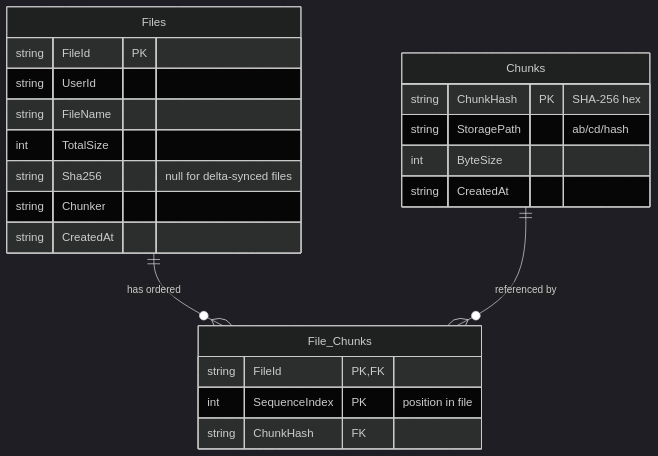
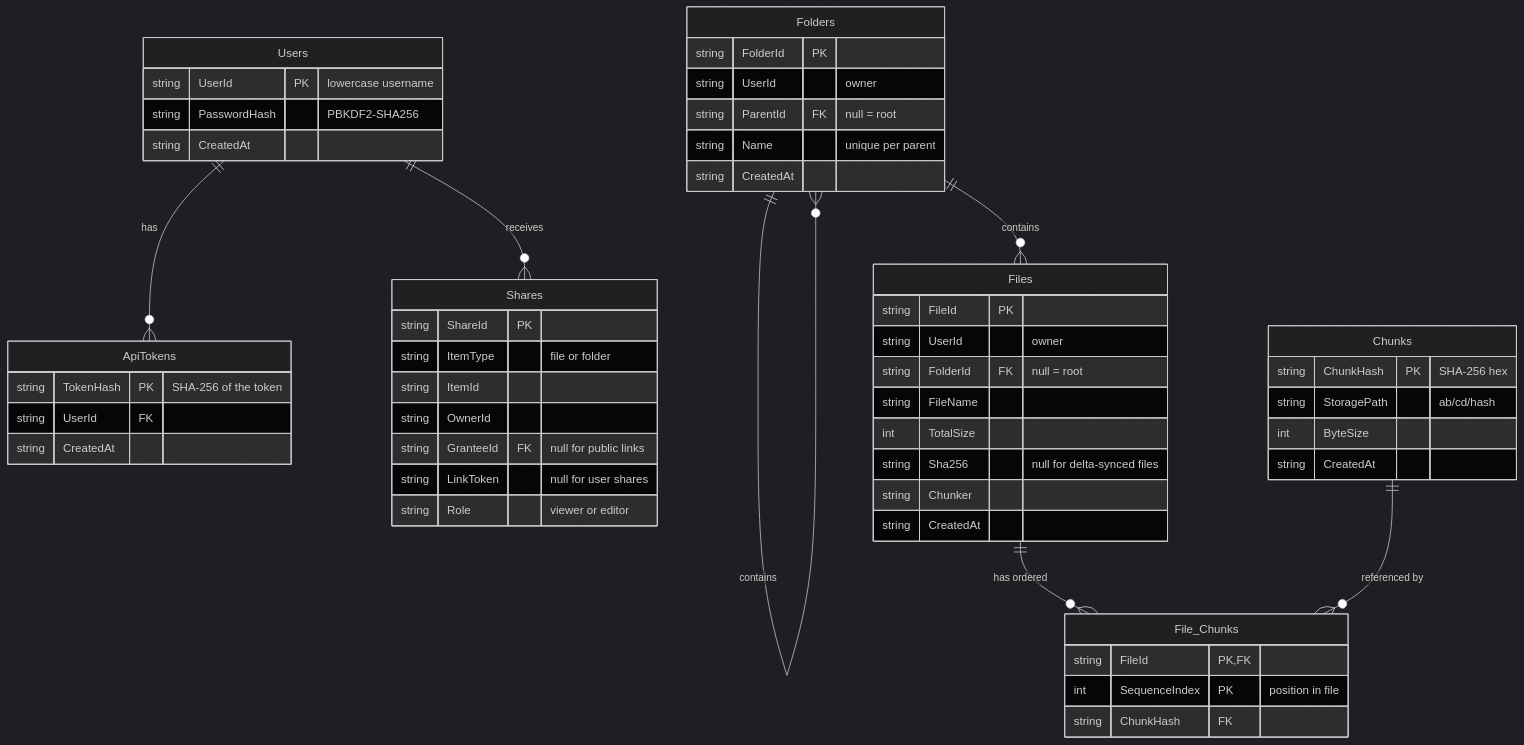
The fourth of 15 diagrams in docs/VISUALIZATION.md (havish-coder/Drive), drawn with Mermaid (dark theme) before and after one commit. The commit also changed other lines of this file and 25 other files, not shown here.

````diff
--- a/docs/VISUALIZATION.md
+++ b/docs/VISUALIZATION.md
@@ -216,26 +231,57 @@
 ```mermaid
 erDiagram
+  Users ||--o{ ApiTokens : "has"
+  Users ||--o{ Shares : "receives"
+  Folders ||--o{ Folders : "contains"
+  Folders ||--o{ Files : "contains"
   Files ||--o{ File_Chunks : "has ordered"
   Chunks ||--o{ File_Chunks : "referenced by"
 
+  Users {
+    string UserId PK "lowercase username"
+    string PasswordHash "PBKDF2-SHA256"
+    string CreatedAt
+  }
+  ApiTokens {
+    string TokenHash PK "SHA-256 of the token"
+    string UserId FK
+    string CreatedAt
+  }
+  Folders {
+    string FolderId PK
+    string UserId "owner"
+    string ParentId FK "null = root"
+    string Name "unique per parent"
+    string CreatedAt
+  }
   Files {
     string FileId PK
-    string UserId
+    string UserId "owner"
+    string FolderId FK "null = root"
     string FileName
     int TotalSize
     string Sha256 "null for delta-synced files"
     string Chunker
     string CreatedAt
+  }
+  Shares {
+    string ShareId PK
+    string ItemType "file or folder"
+    string ItemId
+    string OwnerId
+    string GranteeId FK "null for public links"
+    string LinkToken "null for user shares"
+    string Role "viewer or editor"
   }
   Chunks {
     string ChunkHash PK "SHA-256 hex"
     string StoragePath "ab/cd/hash"
     int ByteSize
     string CreatedAt
   }
   File_Chunks {
     string FileId PK, FK
     int SequenceIndex PK "position in file"
     string ChunkHash FK
   }
 ```
````
